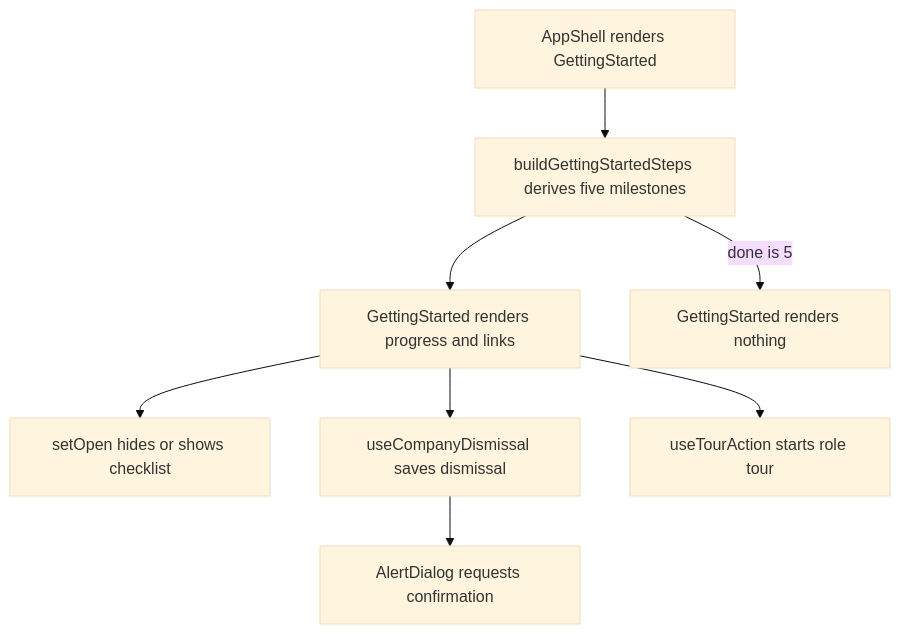
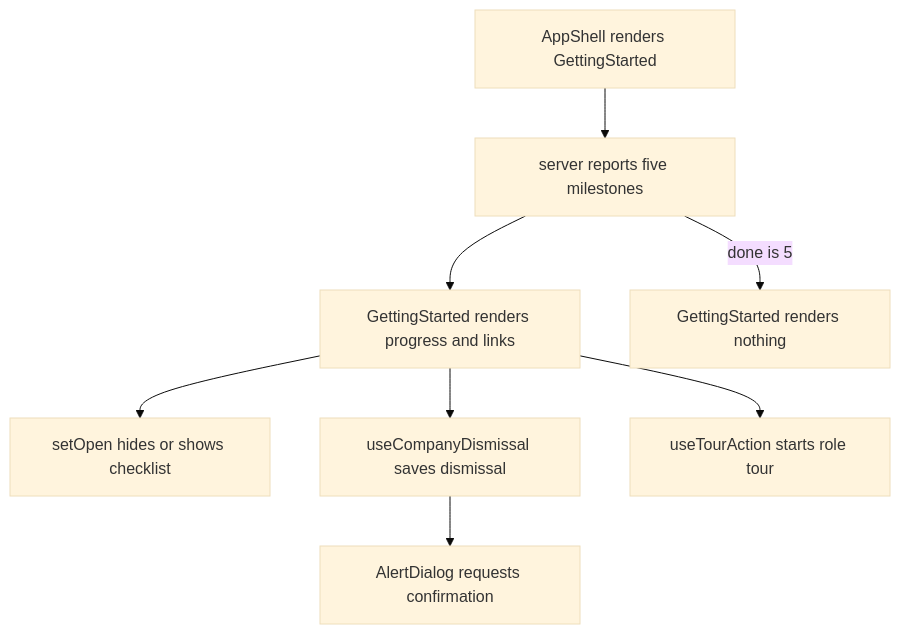
The second of 2 diagrams in user-stories/navigation/US-NAV-13-getting-started.md (Kevinjohn/capacitylens), drawn with Mermaid (base theme) before and after one commit. The commit also changed other lines of this file and 12 other files, not shown here.

First line of the commit message:
Report getting-started milestones from the server

````diff
--- a/user-stories/navigation/US-NAV-13-getting-started.md
+++ b/user-stories/navigation/US-NAV-13-getting-started.md
@@ -35,10 +35,10 @@
 ```mermaid
 flowchart TD
-  shell["AppShell renders GettingStarted"] --> steps["buildGettingStartedSteps derives five milestones"]
+  shell["AppShell renders GettingStarted"] --> steps["server reports five milestones"]
   steps --> panel["GettingStarted renders progress and links"]
   panel --> toggle["setOpen hides or shows checklist"]
   panel --> dismiss["useCompanyDismissal saves dismissal"]
   dismiss --> confirm["AlertDialog requests confirmation"]
   steps -->|done is 5| hidden["GettingStarted renders nothing"]
   panel --> tour["useTourAction starts role tour"]
 ```
````
